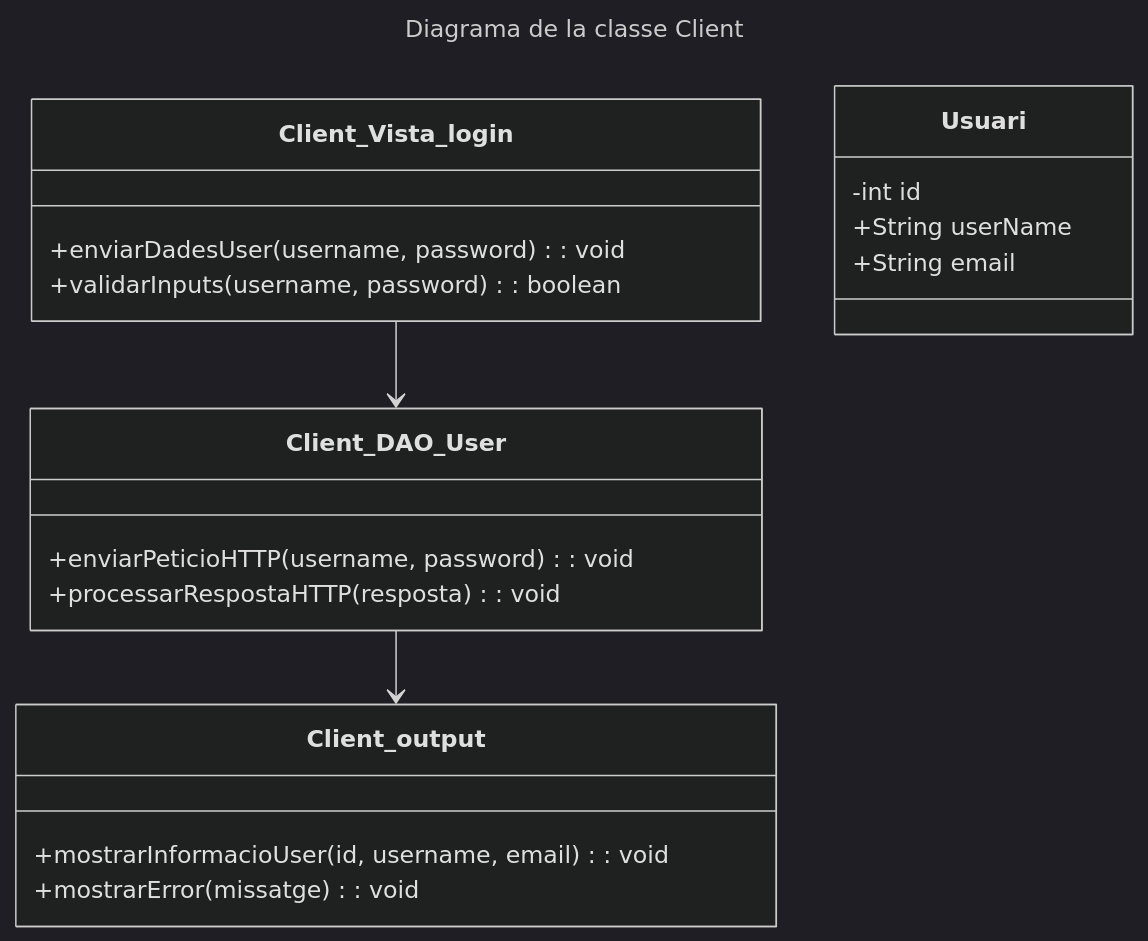
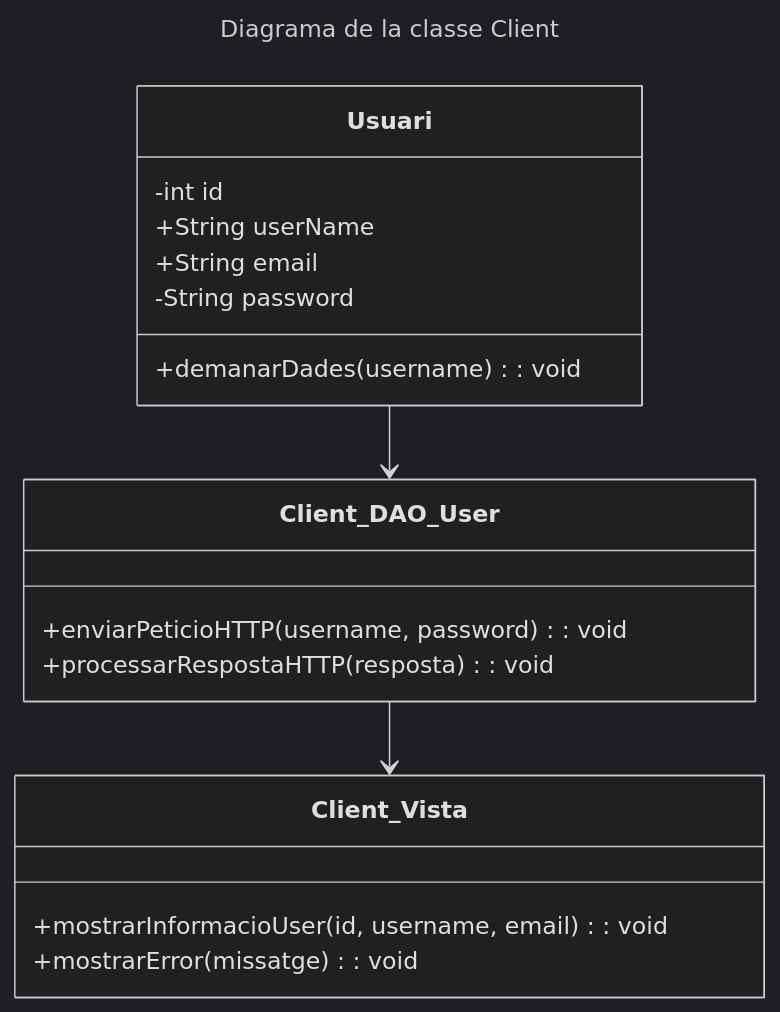
One commit to dnwits/TapatApp changed the diagram in charts/diagrama_de_classes_client.mermaid. Above: the diagram before and after it, drawn with Mermaid (dark theme).

Commit message:
dg_client 2

```diff
--- a/charts/diagrama_de_classes_client.mermaid
+++ b/charts/diagrama_de_classes_client.mermaid
@@ -1,50 +1,46 @@
 ---
 title: Diagrama de la classe Client
 ---
 classDiagram
     %% Client_Vista_login "" --> Client_DAO_User
     %% Client_DAO_User ""--> Servidor
     %% Client_DAO_User ""--> Client_output
     %% Servidor ""--> Client_DAO_User
     %% Client_output
 
     %% class Client_Vista_login{
     %%     +enviarDadeUser(username):
     %% }
 
     %% class Client_DAO_User{
     %%     -int id
     %%     +String userName
     %%     -String password
     %%     -String email
     %%     +peticióHTTP(username): void
     %%     +respostaHTTP(username): void
     %% }
     
     %% class Client_output{
     %%     +mostrarInformacióUser(): void
     %% }
-    Client_Vista_login --> Client_DAO_User
-    Client_DAO_User --> Client_output
+    Usuari --> Client_DAO_User
+    Client_DAO_User --> Client_Vista
     
-    class Client_Vista_login{
-        +enviarDadesUser(username, password): void
-        +validarInputs(username, password): boolean
+    class Client_Vista{
+        +mostrarInformacioUser(id, username, email): void
+        +mostrarError(missatge): void
     }
 
     class Client_DAO_User{
         +enviarPeticioHTTP(username, password): void
         +processarRespostaHTTP(resposta): void
     }
-    
-    class Client_output{
-        +mostrarInformacioUser(id, username, email): void
-        +mostrarError(missatge): void
-    }
 
-    %% Classe opcional per representar l'usuari
     class Usuari{
         -int id
         +String userName
         +String email
+        -String password
+        +demanarDades(username): void
     }
```
